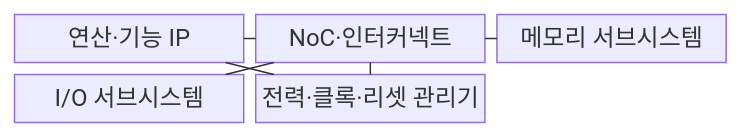
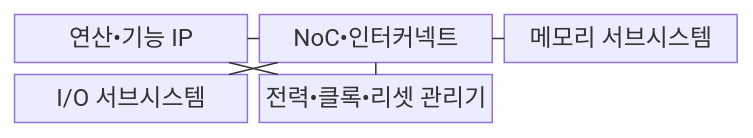
One commit to agnusdei1207/knowledge-base changed the first of 2 diagrams in src/content/docs/notes/02-hardware/038_system_on_chip.md. Above: the diagram before and after it, drawn with Mermaid. The commit also changed other lines of this file and 953 other files, not shown here.

````diff
--- a/src/content/docs/notes/02-hardware/038_system_on_chip.md
+++ b/src/content/docs/notes/02-hardware/038_system_on_chip.md
@@ -69,14 +69,14 @@
 ```mermaid
 block
     columns 3
-    IP["연산·기능 IP"]
-    NOC["NoC·인터커넥트"]
+    IP["연산•기능 IP"]
+    NOC["NoC•인터커넥트"]
     MEM["메모리 서브시스템"]
     IO["I/O 서브시스템"]
-    PM["전력·클록·리셋 관리기"]
+    PM["전력•클록•리셋 관리기"]
     IP --- NOC
     NOC --- MEM
     NOC --- IO
     PM --- IP
     PM --- NOC
 ```
````
